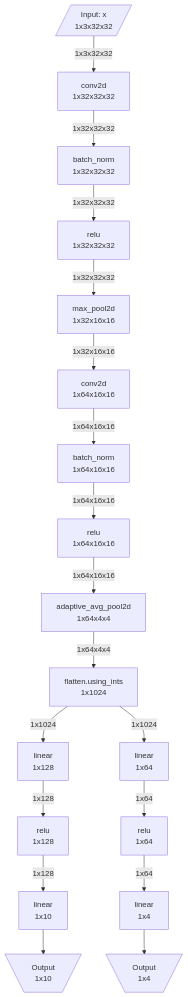
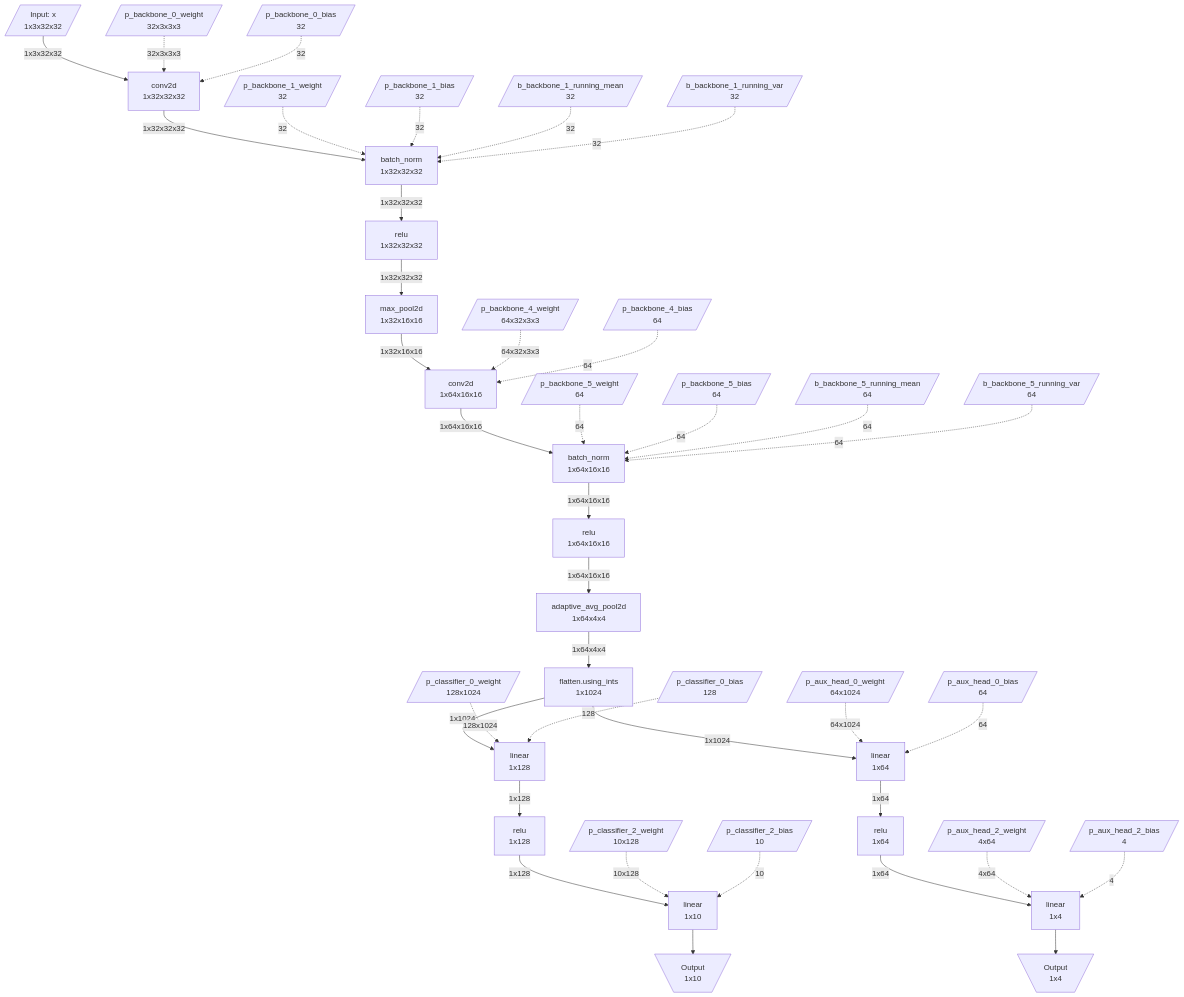
The third of 3 diagrams in docs/cli.ko.md (sweetcocoa/pytorch-ir), drawn with Mermaid before and after one commit. The commit also changed other lines of this file and 10 other files, not shown here.

First line of the commit message:
Add include_weights option to ir_to_mermaid and update docs

````diff
--- a/docs/cli.ko.md
+++ b/docs/cli.ko.md
@@ -317,38 +346,78 @@
     ```mermaid
     flowchart TD
         input_x[/"Input: x<br/>1x3x32x32"/]
         op_conv2d["conv2d<br/>1x32x32x32"]
         input_x -->|"1x3x32x32"| op_conv2d
+        w_p_backbone_0_weight[/"p_backbone_0_weight<br/>32x3x3x3"/]
+        w_p_backbone_0_weight -.->|"32x3x3x3"| op_conv2d
+        w_p_backbone_0_bias[/"p_backbone_0_bias<br/>32"/]
+        w_p_backbone_0_bias -.->|"32"| op_conv2d
         op_batch_norm["batch_norm<br/>1x32x32x32"]
         op_conv2d -->|"1x32x32x32"| op_batch_norm
+        w_p_backbone_1_weight[/"p_backbone_1_weight<br/>32"/]
+        w_p_backbone_1_weight -.->|"32"| op_batch_norm
+        w_p_backbone_1_bias[/"p_backbone_1_bias<br/>32"/]
+        w_p_backbone_1_bias -.->|"32"| op_batch_norm
+        w_b_backbone_1_running_mean[/"b_backbone_1_running_mean<br/>32"/]
+        w_b_backbone_1_running_mean -.->|"32"| op_batch_norm
+        w_b_backbone_1_running_var[/"b_backbone_1_running_var<br/>32"/]
+        w_b_backbone_1_running_var -.->|"32"| op_batch_norm
         op_relu["relu<br/>1x32x32x32"]
         op_batch_norm -->|"1x32x32x32"| op_relu
         op_max_pool2d["max_pool2d<br/>1x32x16x16"]
         op_relu -->|"1x32x32x32"| op_max_pool2d
         op_conv2d_1["conv2d<br/>1x64x16x16"]
         op_max_pool2d -->|"1x32x16x16"| op_conv2d_1
+        w_p_backbone_4_weight[/"p_backbone_4_weight<br/>64x32x3x3"/]
+        w_p_backbone_4_weight -.->|"64x32x3x3"| op_conv2d_1
+        w_p_backbone_4_bias[/"p_backbone_4_bias<br/>64"/]
+        w_p_backbone_4_bias -.->|"64"| op_conv2d_1
         op_batch_norm_1["batch_norm<br/>1x64x16x16"]
         op_conv2d_1 -->|"1x64x16x16"| op_batch_norm_1
+        w_p_backbone_5_weight[/"p_backbone_5_weight<br/>64"/]
+        w_p_backbone_5_weight -.->|"64"| op_batch_norm_1
+        w_p_backbone_5_bias[/"p_backbone_5_bias<br/>64"/]
+        w_p_backbone_5_bias -.->|"64"| op_batch_norm_1
+        w_b_backbone_5_running_mean[/"b_backbone_5_running_mean<br/>64"/]
+        w_b_backbone_5_running_mean -.->|"64"| op_batch_norm_1
+        w_b_backbone_5_running_var[/"b_backbone_5_running_var<br/>64"/]
+        w_b_backbone_5_running_var -.->|"64"| op_batch_norm_1
         op_relu_1["relu<br/>1x64x16x16"]
         op_batch_norm_1 -->|"1x64x16x16"| op_relu_1
         op_adaptive_avg_pool2d["adaptive_avg_pool2d<br/>1x64x4x4"]
         op_relu_1 -->|"1x64x16x16"| op_adaptive_avg_pool2d
         op_flatten["flatten.using_ints<br/>1x1024"]
         op_adaptive_avg_pool2d -->|"1x64x4x4"| op_flatten
         op_linear["linear<br/>1x128"]
         op_flatten -->|"1x1024"| op_linear
+        w_p_classifier_0_weight[/"p_classifier_0_weight<br/>128x1024"/]
+        w_p_classifier_0_weight -.->|"128x1024"| op_linear
+        w_p_classifier_0_bias[/"p_classifier_0_bias<br/>128"/]
+        w_p_classifier_0_bias -.->|"128"| op_linear
         op_relu_2["relu<br/>1x128"]
         op_linear -->|"1x128"| op_relu_2
         op_linear_1["linear<br/>1x10"]
         op_relu_2 -->|"1x128"| op_linear_1
+        w_p_classifier_2_weight[/"p_classifier_2_weight<br/>10x128"/]
+        w_p_classifier_2_weight -.->|"10x128"| op_linear_1
+        w_p_classifier_2_bias[/"p_classifier_2_bias<br/>10"/]
+        w_p_classifier_2_bias -.->|"10"| op_linear_1
         op_linear_2["linear<br/>1x64"]
         op_flatten -->|"1x1024"| op_linear_2
+        w_p_aux_head_0_weight[/"p_aux_head_0_weight<br/>64x1024"/]
+        w_p_aux_head_0_weight -.->|"64x1024"| op_linear_2
+        w_p_aux_head_0_bias[/"p_aux_head_0_bias<br/>64"/]
+        w_p_aux_head_0_bias -.->|"64"| op_linear_2
         op_relu_3["relu<br/>1x64"]
         op_linear_2 -->|"1x64"| op_relu_3
         op_linear_3["linear<br/>1x4"]
         op_relu_3 -->|"1x64"| op_linear_3
+        w_p_aux_head_2_weight[/"p_aux_head_2_weight<br/>4x64"/]
+        w_p_aux_head_2_weight -.->|"4x64"| op_linear_3
+        w_p_aux_head_2_bias[/"p_aux_head_2_bias<br/>4"/]
+        w_p_aux_head_2_bias -.->|"4"| op_linear_3
         output_0[\"Output<br/>1x10"/]
         op_linear_1 --> output_0
         output_1[\"Output<br/>1x4"/]
         op_linear_3 --> output_1
     ```
````
